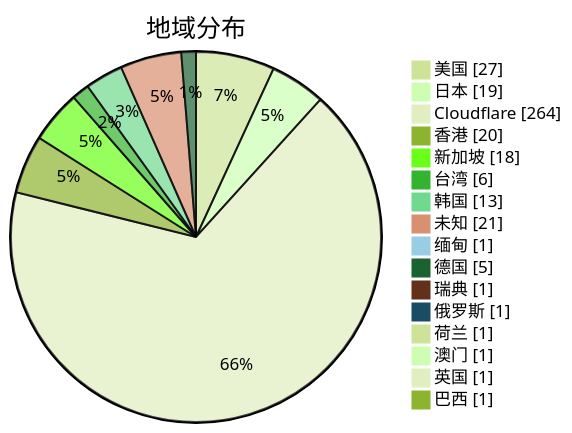
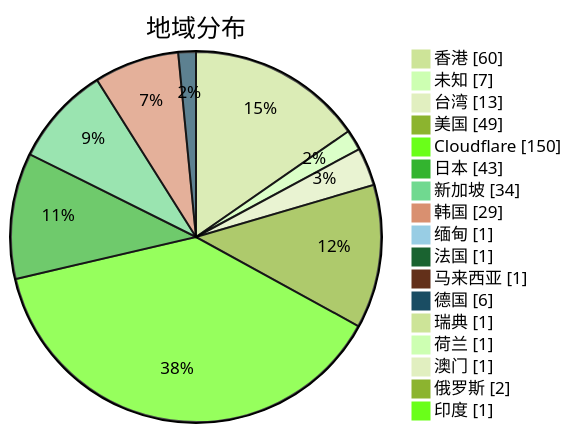
The second of 3 diagrams in subs/statistics/tested_within.md (qjlxg/airport), drawn with Mermaid (forest theme) before and after one commit. The commit also changed other lines of this file and 2 other files, not shown here.

````diff
--- a/subs/statistics/tested_within.md
+++ b/subs/statistics/tested_within.md
@@ -14,20 +13,21 @@
 ```mermaid
 pie showData
 title 地域分布
-"美国" : 27
-"日本" : 19
-"Cloudflare" : 264
-"香港" : 20
-"新加坡" : 18
-"台湾" : 6
-"韩国" : 13
-"未知" : 21
+"香港" : 60
+"未知" : 7
+"台湾" : 13
+"美国" : 49
+"Cloudflare" : 150
+"日本" : 43
+"新加坡" : 34
+"韩国" : 29
 "缅甸" : 1
-"德国" : 5
+"法国" : 1
+"马来西亚" : 1
+"德国" : 6
 "瑞典" : 1
-"俄罗斯" : 1
 "荷兰" : 1
 "澳门" : 1
-"英国" : 1
-"巴西" : 1
+"俄罗斯" : 2
+"印度" : 1
 ```
````
